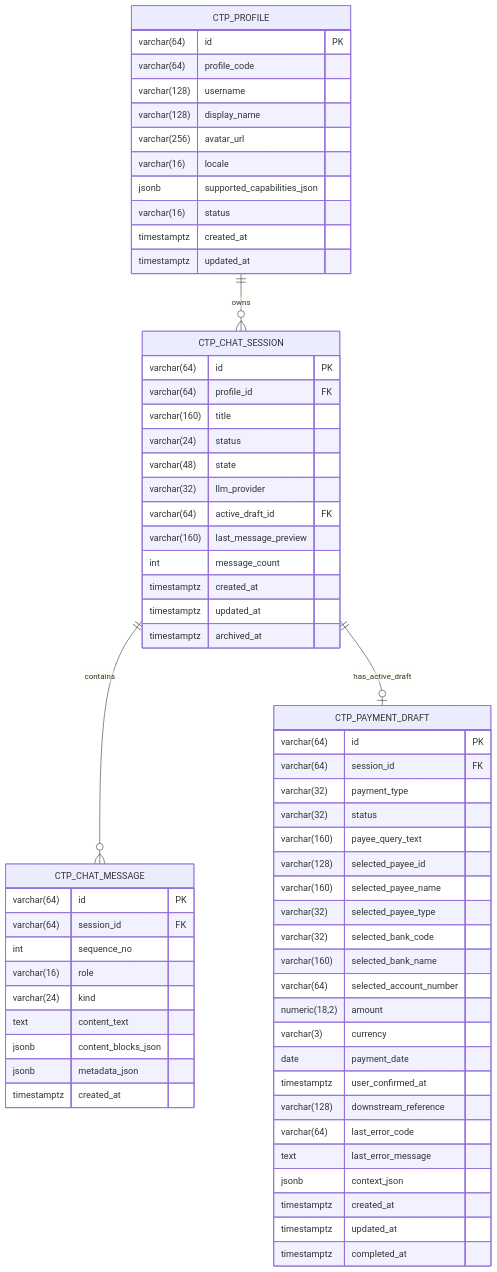
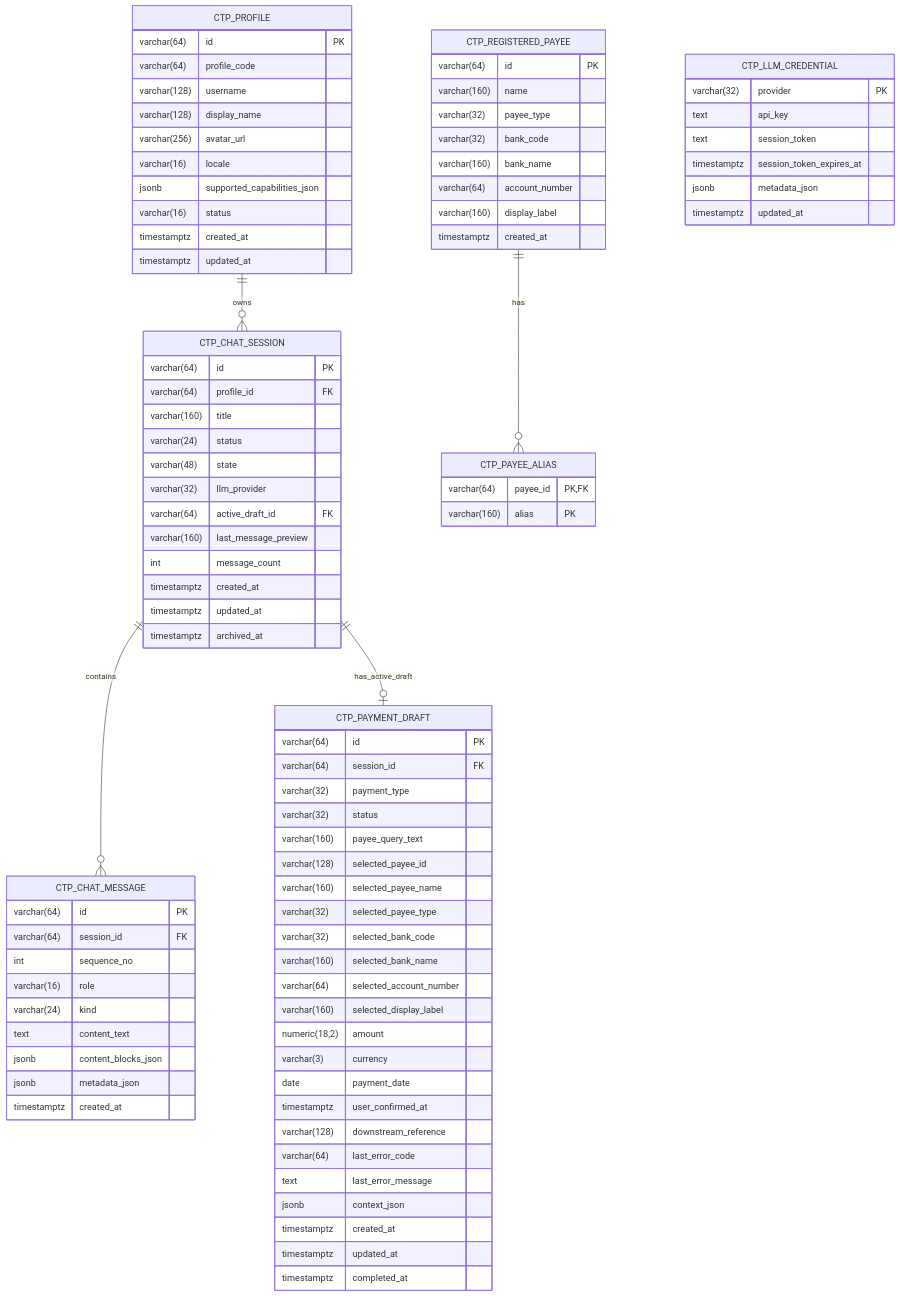
The diagram in docs/03-db_design.md (VictorZhong/chat2pay), drawn with Mermaid before and after one commit. The commit also changed other lines of this file and 37 other files, not shown here.

````diff
--- a/docs/03-db_design.md
+++ b/docs/03-db_design.md
@@ -47,6 +47,7 @@
     CTP_PROFILE ||--o{ CTP_CHAT_SESSION : owns
     CTP_CHAT_SESSION ||--o{ CTP_CHAT_MESSAGE : contains
     CTP_CHAT_SESSION ||--o| CTP_PAYMENT_DRAFT : has_active_draft
+    CTP_REGISTERED_PAYEE ||--o{ CTP_PAYEE_ALIAS : has
 
     CTP_PROFILE {
         varchar(64) id PK
@@ -100,6 +101,7 @@
         varchar(32) selected_bank_code
         varchar(160) selected_bank_name
         varchar(64) selected_account_number
+        varchar(160) selected_display_label
         numeric(18,2) amount
         varchar(3) currency
         date payment_date
@@ -112,4 +114,29 @@
         timestamptz updated_at
         timestamptz completed_at
     }
+
+    CTP_REGISTERED_PAYEE {
+        varchar(64) id PK
+        varchar(160) name
+        varchar(32) payee_type
+        varchar(32) bank_code
+        varchar(160) bank_name
+        varchar(64) account_number
+        varchar(160) display_label
+        timestamptz created_at
+    }
+
+    CTP_PAYEE_ALIAS {
+        varchar(64) payee_id PK,FK
+        varchar(160) alias PK
+    }
+
+    CTP_LLM_CREDENTIAL {
+        varchar(32) provider PK
+        text api_key
+        text session_token
+        timestamptz session_token_expires_at
+        jsonb metadata_json
+        timestamptz updated_at
+    }
 ```
````
